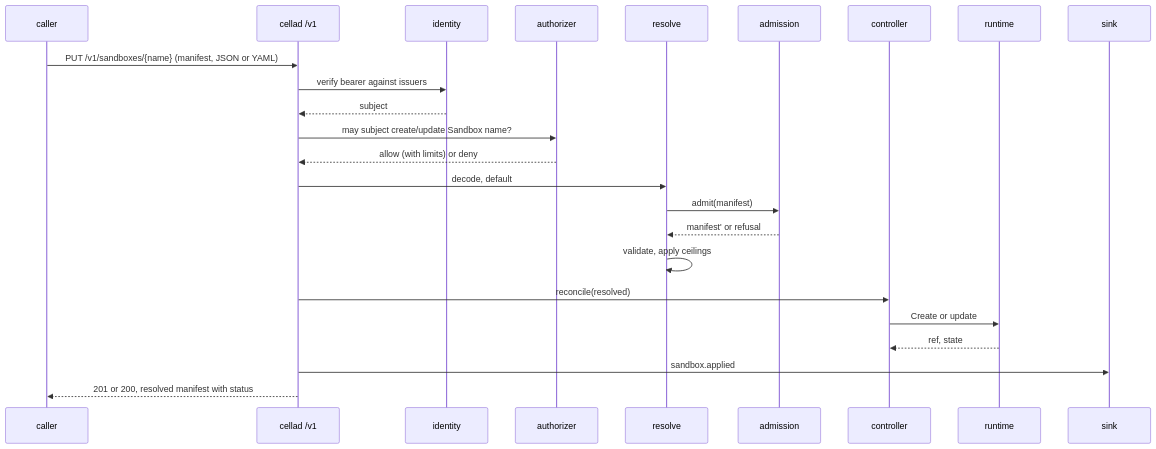
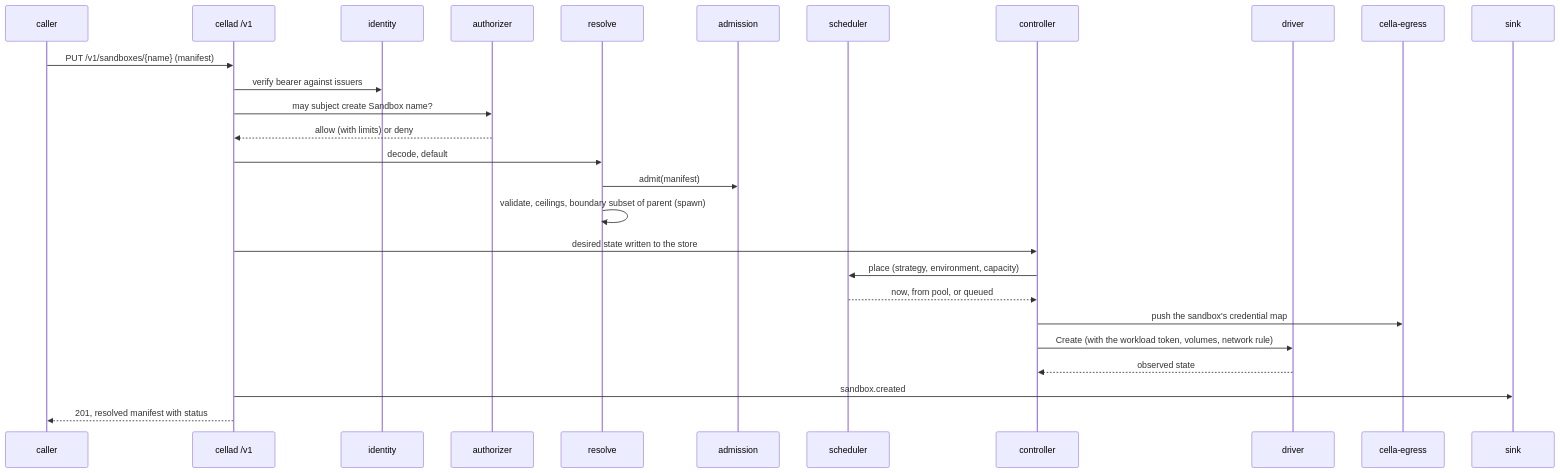
The second of 2 diagrams in specs/001-architecture.md (latere-ai/cella), drawn with Mermaid before and after one commit. The commit also changed other lines of this file and 19 other files, not shown here.

Commit message:
specs: revise the deck after review: two planes, cella.latere.ai/v1, secrets and egress, volumes, scheduling and sets, workers, mesh and spawn, computer use

````diff
--- a/specs/001-architecture.md
+++ b/specs/001-architecture.md
@@ -162,26 +195,29 @@
 ```mermaid
 sequenceDiagram
   participant C as caller
   participant A as cellad /v1
   participant I as identity
   participant Z as authorizer
   participant M as resolve
   participant D as admission
+  participant S as scheduler
   participant K as controller
-  participant R as runtime
-  participant S as sink
-  C->>A: PUT /v1/sandboxes/{name} (manifest, JSON or YAML)
+  participant R as driver
+  participant G as cella-egress
+  participant E as sink
+  C->>A: PUT /v1/sandboxes/{name} (manifest)
   A->>I: verify bearer against issuers
-  I-->>A: subject
-  A->>Z: may subject create/update Sandbox name?
+  A->>Z: may subject create Sandbox name?
   Z-->>A: allow (with limits) or deny
   A->>M: decode, default
   M->>D: admit(manifest)
-  D-->>M: manifest' or refusal
-  M->>M: validate, apply ceilings
-  A->>K: reconcile(resolved)
-  K->>R: Create or update
-  R-->>K: ref, state
-  A->>S: sandbox.applied
-  A-->>C: 201 or 200, resolved manifest with status
+  M->>M: validate, ceilings, boundary subset of parent (spawn)
+  A->>K: desired state written to the store
+  K->>S: place (strategy, environment, capacity)
+  S-->>K: now, from pool, or queued
+  K->>G: push the sandbox's credential map
+  K->>R: Create (with the workload token, volumes, network rule)
+  R-->>K: observed state
+  A->>E: sandbox.created
+  A-->>C: 201, resolved manifest with status
 ```
````
